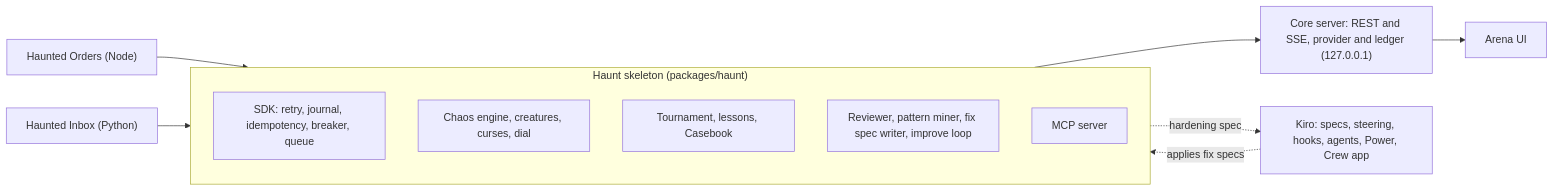
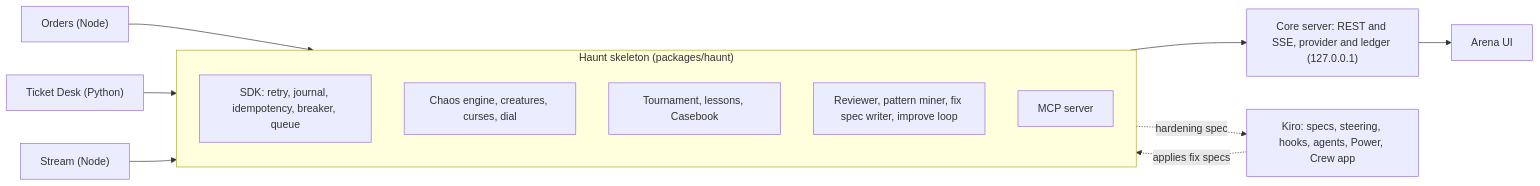
Before and after one commit to kakoritz/Kiroween-Chaos-Official: the diagram in README.md, drawn with Mermaid. The commit also changed other lines of this file and 16 other files, not shown here.

````diff
--- a/README.md
+++ b/README.md
@@ -75,16 +77,17 @@
 ```mermaid
 flowchart LR
-  Orders["Haunted Orders (Node)"] --> Skel
-  Inbox["Haunted Inbox (Python)"] --> Skel
+  Orders["Orders (Node)"] --> Skel
+  Inbox["Ticket Desk (Python)"] --> Skel
+  Stream["Stream (Node)"] --> Skel
   subgraph Skel["Haunt skeleton (packages/haunt)"]
     SDK["SDK: retry, journal, idempotency, breaker, queue"]
     Chaos["Chaos engine, creatures, curses, dial"]
     Tour["Tournament, lessons, Casebook"]
     Rev["Reviewer, pattern miner, fix spec writer, improve loop"]
     MCP["MCP server"]
   end
   Skel --> Core["Core server: REST and SSE, provider and ledger (127.0.0.1)"]
   Core --> UI["Arena UI"]
   Kiro["Kiro: specs, steering, hooks, agents, Power, Crew app"] -. "applies fix specs" .-> Skel
   Skel -. "hardening spec" .-> Kiro
 ```
````
